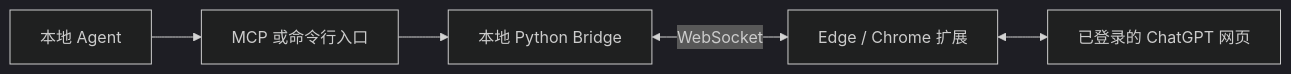
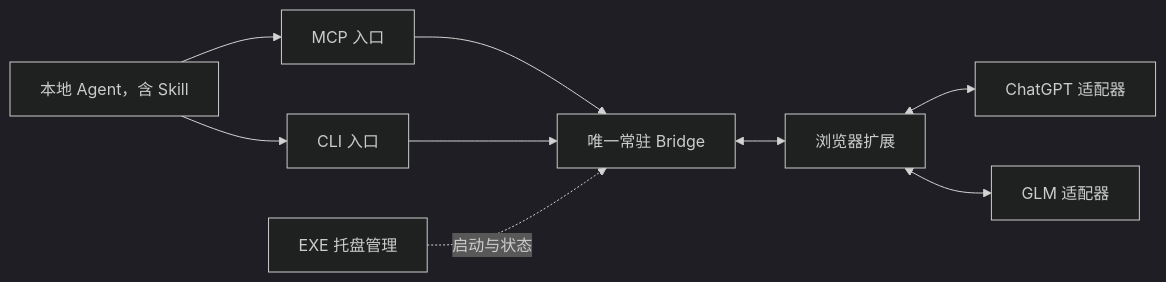
Before and after one commit to jitianOvo/AI-Web-MCP: the diagram in README.md, drawn with Mermaid (dark theme). The commit also changed other lines of this file and 91 other files, not shown here.

Commit message:
Release 1.1.0: rename AI-Web-MCP and add GLM text, vision and composable image operations

````diff
--- a/README.md
+++ b/README.md
@@ -7,7 +12,11 @@
 ```mermaid
 flowchart LR
-    A[本地 Agent] --> B[MCP 或命令行入口]
-    B --> C[本地 Python Bridge]
-    C <-->|WebSocket| D[Edge / Chrome 扩展]
-    D <--> E[已登录的 ChatGPT 网页]
+    A[本地 Agent，含 Skill] --> M[MCP 入口]
+    A --> C[CLI 入口]
+    M --> B[唯一常驻 Bridge]
+    C --> B
+    E[EXE 托盘管理] -.启动与状态.-> B
+    B <--> X[浏览器扩展]
+    X <--> G[ChatGPT 适配器]
+    X <--> L[GLM 适配器]
 ```
````
